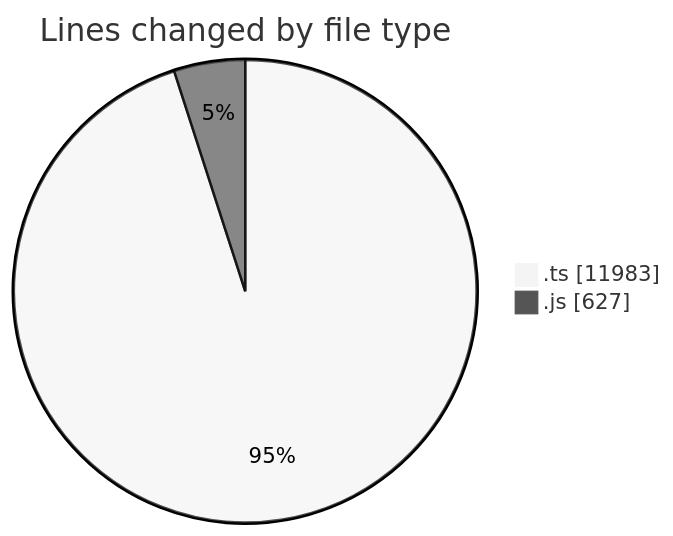
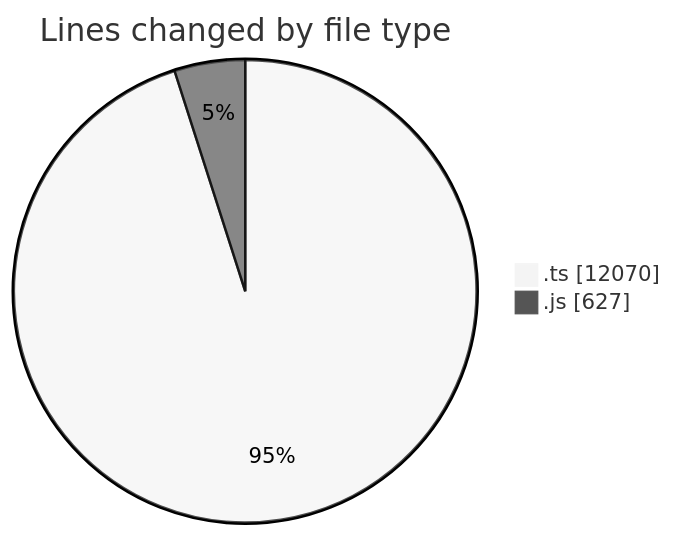
Before and after one commit to momahboobian/code-tracking: the first of 2 diagrams in 2025-09-05/cda/README.md, drawn with Mermaid (neutral theme). The commit also changed other lines of this file and 1 other file, not shown here.

````diff
--- a/2025-09-05/cda/README.md
+++ b/2025-09-05/cda/README.md
@@ -23,6 +24,6 @@
 ```mermaid
 pie showData
 title Lines changed by file type
-".ts" : 11983
+".ts" : 12070
 ".js" : 627
 ```
````
